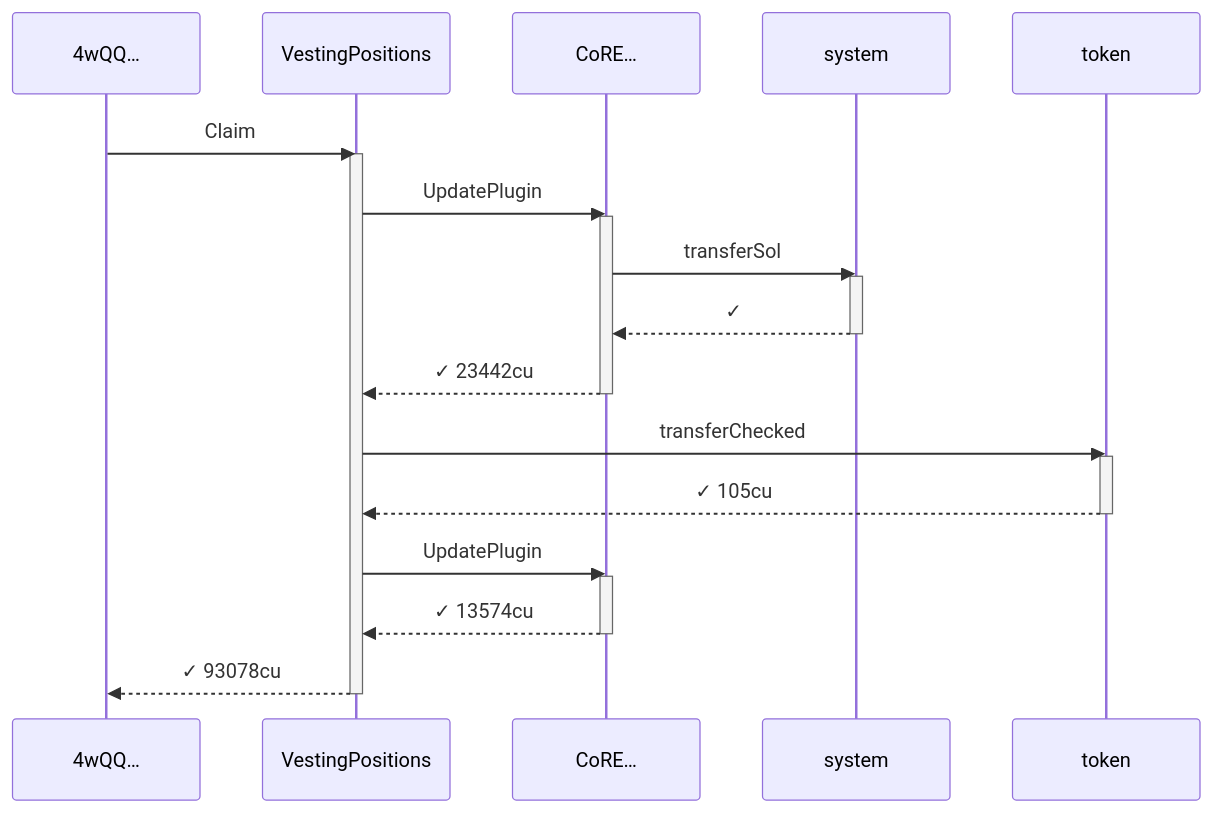
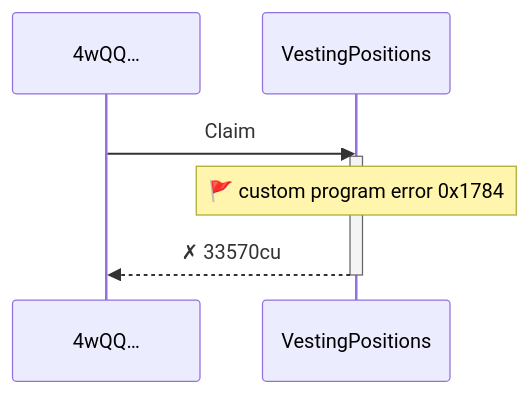
Before and after one commit to cds-turbin3/vesting-position: the first of 3 diagrams in babelfish-tests/test-report/full_release_at_cliff.md, drawn with Mermaid. The commit also changed other lines of this file and 50 other files, not shown here.

````diff
--- a/babelfish-tests/test-report/full_release_at_cliff.md
+++ b/babelfish-tests/test-report/full_release_at_cliff.md
@@ -5,28 +5,10 @@
 ```mermaid
 sequenceDiagram
     participant p0 as 4wQQ…
     participant p1 as VestingPositions
-    participant p2 as CoRE…
-    participant p3 as system
-    participant p4 as token
     p0->>p1: Claim
     activate p1
-    p1->>p2: UpdatePlugin
-    activate p2
-    p2->>p3: transferSol
-    activate p3
-    p3-->>p2: ✓
-    deactivate p3
-    p2-->>p1: ✓ 23442cu
-    deactivate p2
-    p1->>p4: transferChecked
-    activate p4
-    p4-->>p1: ✓ 105cu
-    deactivate p4
-    p1->>p2: UpdatePlugin
-    activate p2
-    p2-->>p1: ✓ 13574cu
-    deactivate p2
-    p1-->>p0: ✓ 93078cu
+    note over p1: 🚩 custom program error  0x1784
+    p1-->>p0: ✗ 33570cu
     deactivate p1
 ```
````
